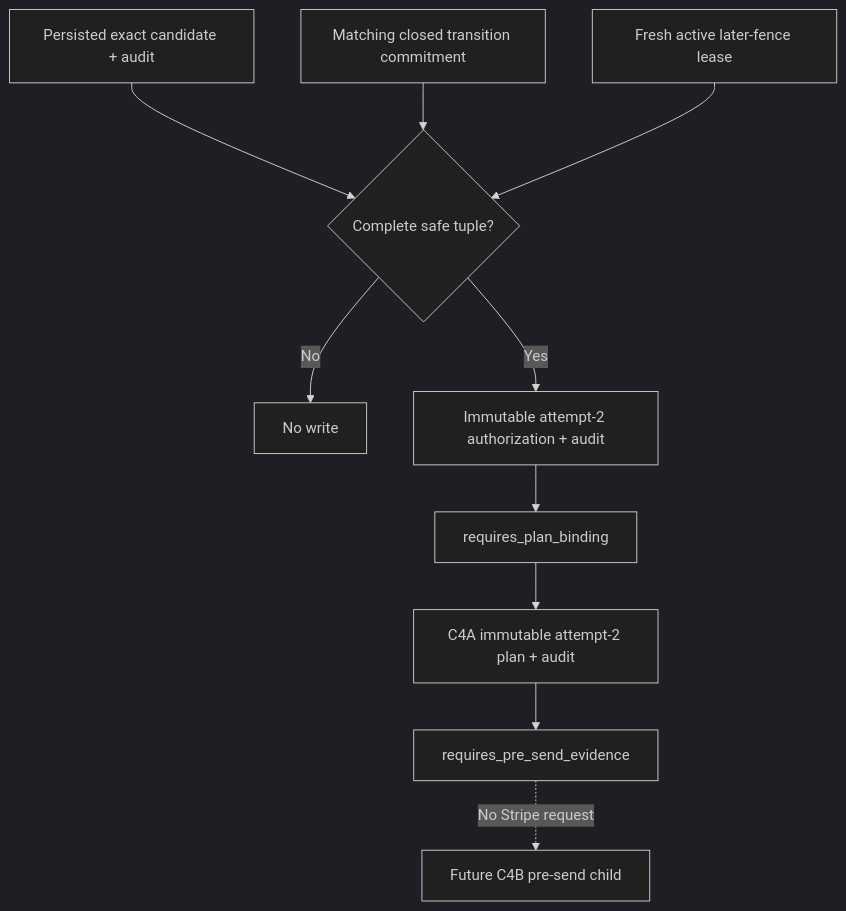
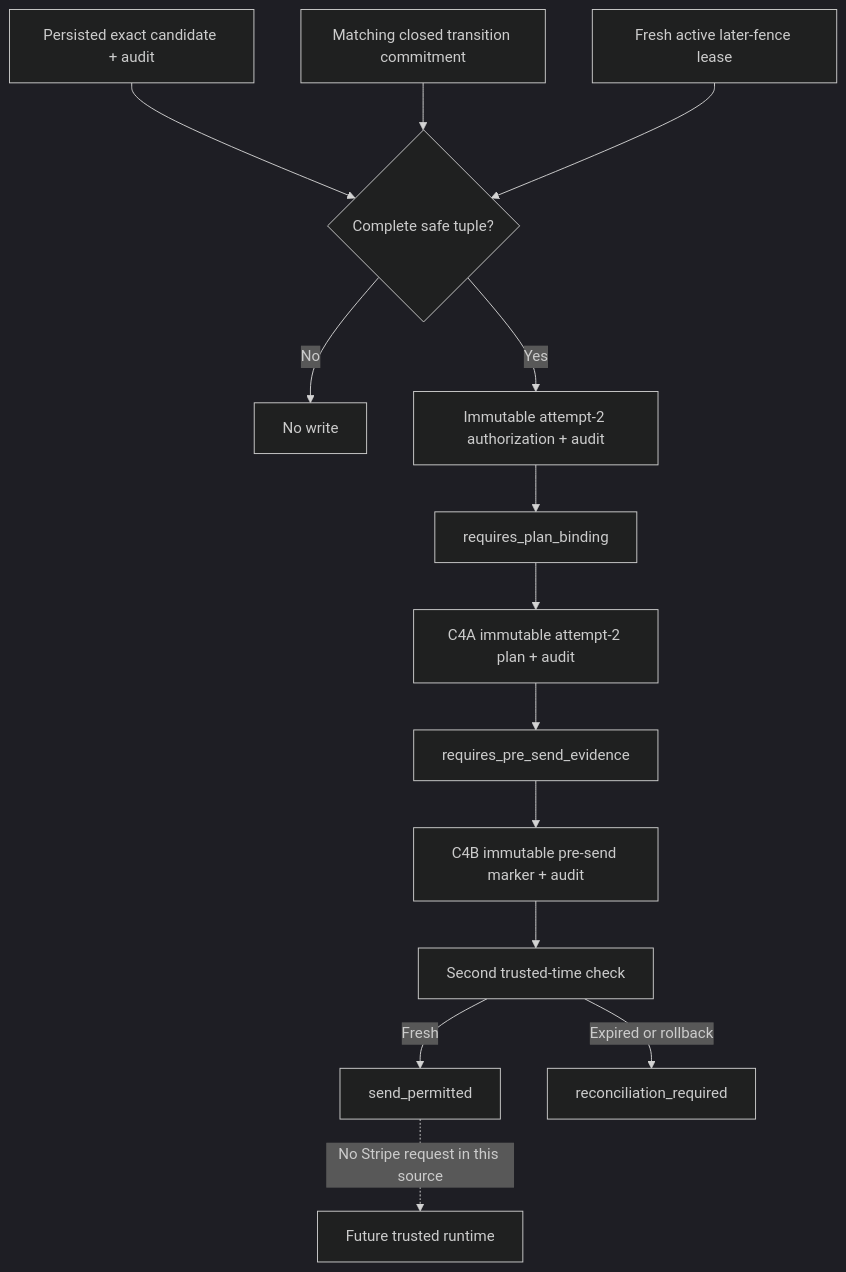
One commit to Run-MPRC/Run-MPRC.github.io changed the seventh of 11 diagrams in SYSTEM_DESIGN.md. Above: the diagram before and after it, drawn with Mermaid (dark theme). The commit also changed other lines of this file and 10 other files, not shown here.

Commit message:
Add attempt-2 Stripe pre-send evidence (#240)

````diff
--- a/SYSTEM_DESIGN.md
+++ b/SYSTEM_DESIGN.md
@@ -340,12 +341,16 @@
 ```mermaid
 flowchart TD
     C3B["Persisted exact candidate + audit"] --> Gate{"Complete safe tuple?"}
-    T["Matching closed transition commitment"] --> Gate
+    Transition["Matching closed transition commitment"] --> Gate
     L["Fresh active later-fence lease"] --> Gate
     Gate -- "No" --> Stop["No write"]
     Gate -- "Yes" --> A["Immutable attempt-2 authorization + audit"]
     A --> R["requires_plan_binding"]
     R --> P["C4A immutable attempt-2 plan + audit"]
     P --> S["requires_pre_send_evidence"]
-    S -. "No Stripe request" .-> F["Future C4B pre-send child"]
+    S --> E["C4B immutable pre-send marker + audit"]
+    E --> Clock["Second trusted-time check"]
+    Clock -- "Fresh" --> Permit["send_permitted"]
+    Clock -- "Expired or rollback" --> Reconcile["reconciliation_required"]
+    Permit -. "No Stripe request in this source" .-> F["Future trusted runtime"]
 ```
````
